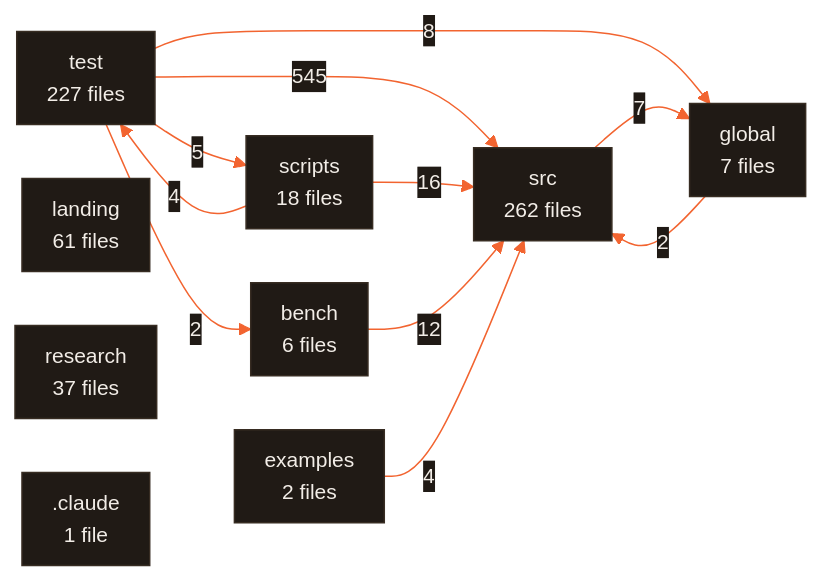
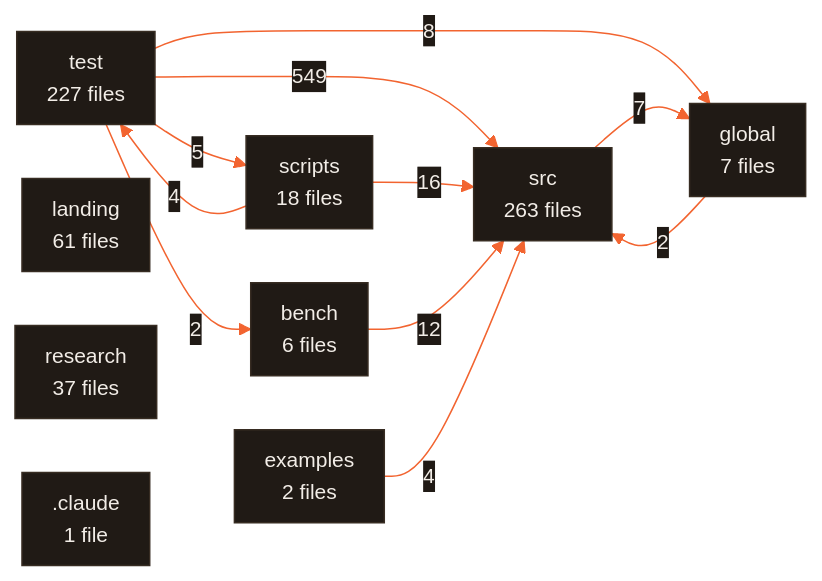
One commit to CodeWithJuber/forgekit changed the diagram in ARCHITECTURE.md. Above: the diagram before and after it, drawn with Mermaid. The commit also changed 4 other files, not shown here.

````diff
--- a/ARCHITECTURE.md
+++ b/ARCHITECTURE.md
@@ -630,23 +630,23 @@
 ```mermaid
 %%{init: {'theme':'base','themeVariables':{'primaryColor':'#201a15','primaryTextColor':'#f2ede7','primaryBorderColor':'#372c22','lineColor':'#f26430','secondaryColor':'#272019','tertiaryColor':'#171310','edgeLabelBackground':'#201a15','clusterBkg':'#171310','clusterBorder':'#4a3b2e','fontFamily':'ui-sans-serif, system-ui, sans-serif','fontSize':'14px'},'flowchart':{'curve':'basis','padding':10,'nodeSpacing':36,'rankSpacing':44}}}%%
 flowchart LR
-  src["src<br/>262 files"]
+  src["src<br/>263 files"]
   test["test<br/>227 files"]
   landing["landing<br/>61 files"]
   research["research<br/>37 files"]
   scripts["scripts<br/>18 files"]
   global["global<br/>7 files"]
   bench["bench<br/>6 files"]
   examples["examples<br/>2 files"]
   _claude[".claude<br/>1 file"]
-  test -- 545 --> src
+  test -- 549 --> src
   scripts -- 16 --> src
   bench -- 12 --> src
   test -- 8 --> global
   src -- 7 --> global
   test -- 5 --> scripts
   examples -- 4 --> src
   scripts -- 4 --> test
   global -- 2 --> src
   test -- 2 --> bench
 ```
````
